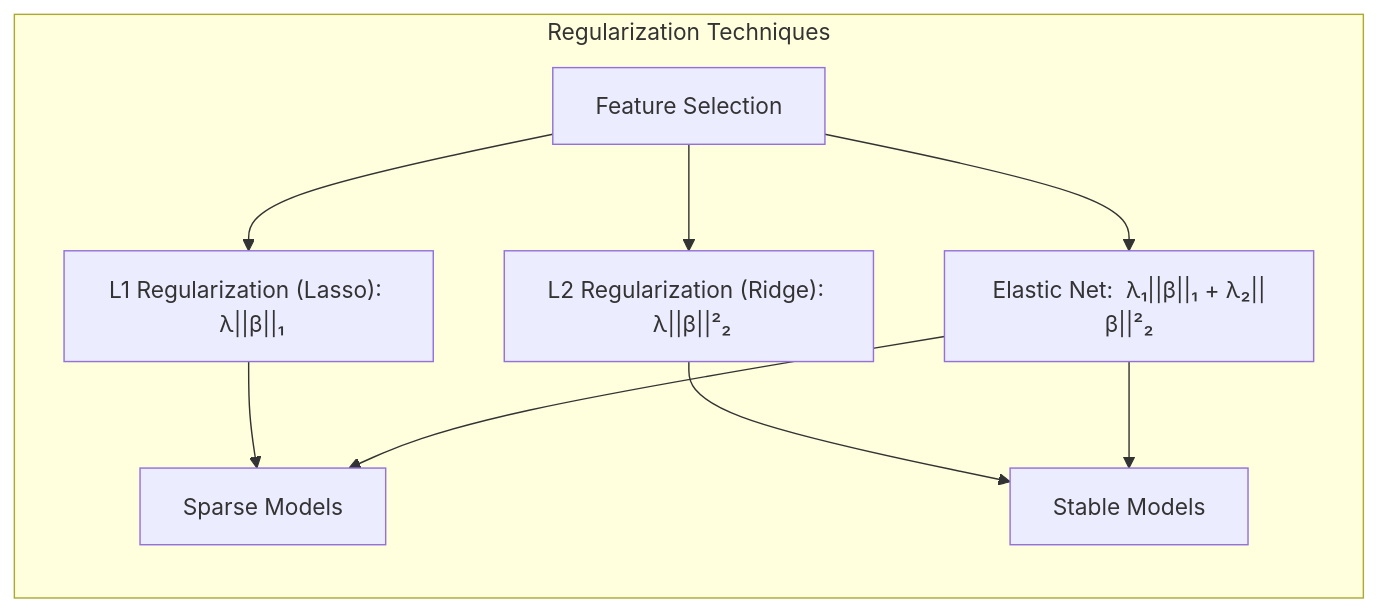
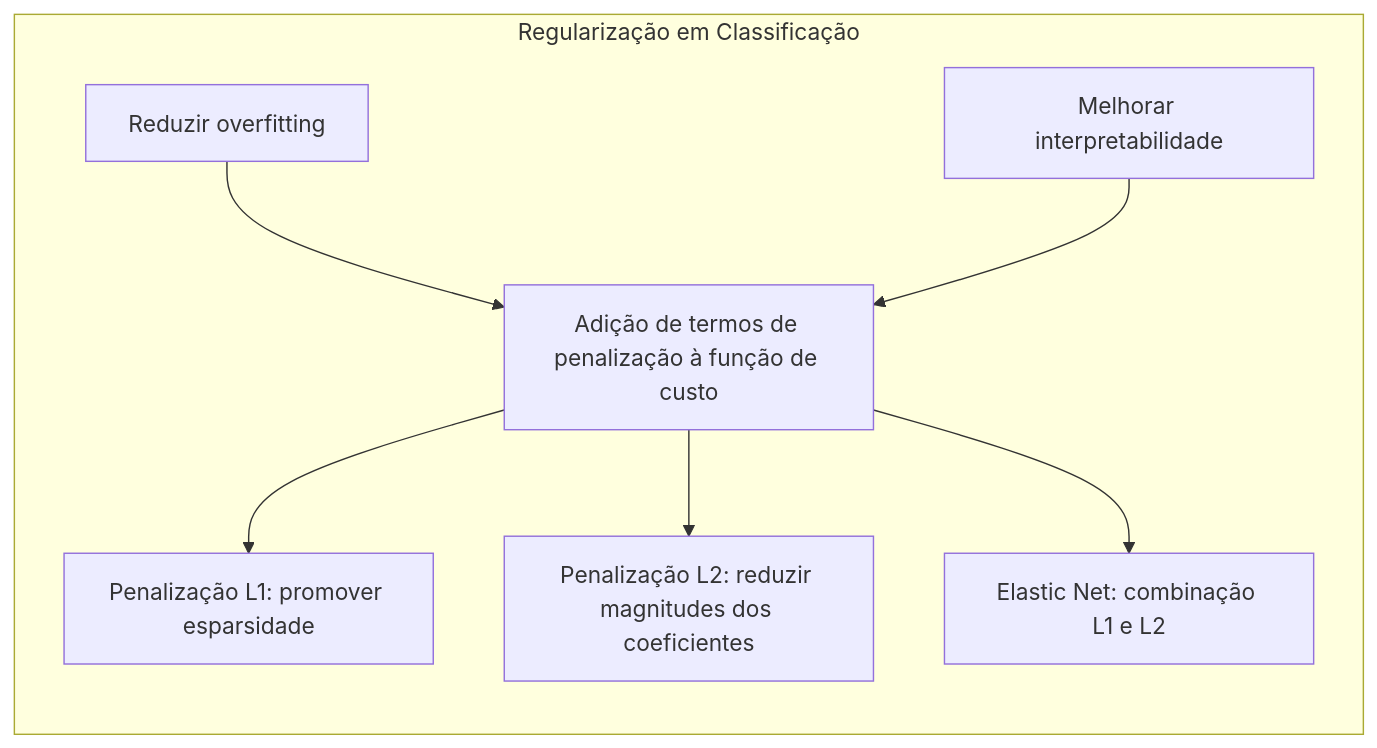
One commit to diegomrodrigues/statistical_learning_notes changed the fifth of 7 diagrams in 03. Additive Models/01. Generalized Additive Models/01. Concept Overview.md. Above: the diagram before and after it, drawn with Mermaid. The commit also changed other lines of this file and 228 other files, not shown here.

````diff
--- a/03. Additive Models/01. Generalized Additive Models/01. Concept Overview.md
+++ b/03. Additive Models/01. Generalized Additive Models/01. Concept Overview.md
@@ -234,19 +171,16 @@
 ```mermaid
 graph LR
-    subgraph "Regularization Techniques"
-        direction TB
-        A["Feature Selection"]
-        B["L1 Regularization (Lasso):  λ||β||₁"]
-        C["L2 Regularization (Ridge):  λ||β||²₂"]
-        D["Elastic Net:  λ₁||β||₁ + λ₂||β||²₂"]
-        E["Sparse Models"]
-        F["Stable Models"]
-        A --> B
+    subgraph "Regularização em Classificação"
+        A["Reduzir overfitting"]
+        B["Melhorar interpretabilidade"]
+        C["Adição de termos de penalização à função de custo"]
+        D["Penalização L1: promover esparsidade"]
+        E["Penalização L2: reduzir magnitudes dos coeficientes"]
+        F["Elastic Net: combinação L1 e L2"]
         A --> C
-        A --> D
-        B --> E
+        B --> C
+        C --> D
+        C --> E
         C --> F
-        D --> E
-        D --> F
     end
 ```
````
